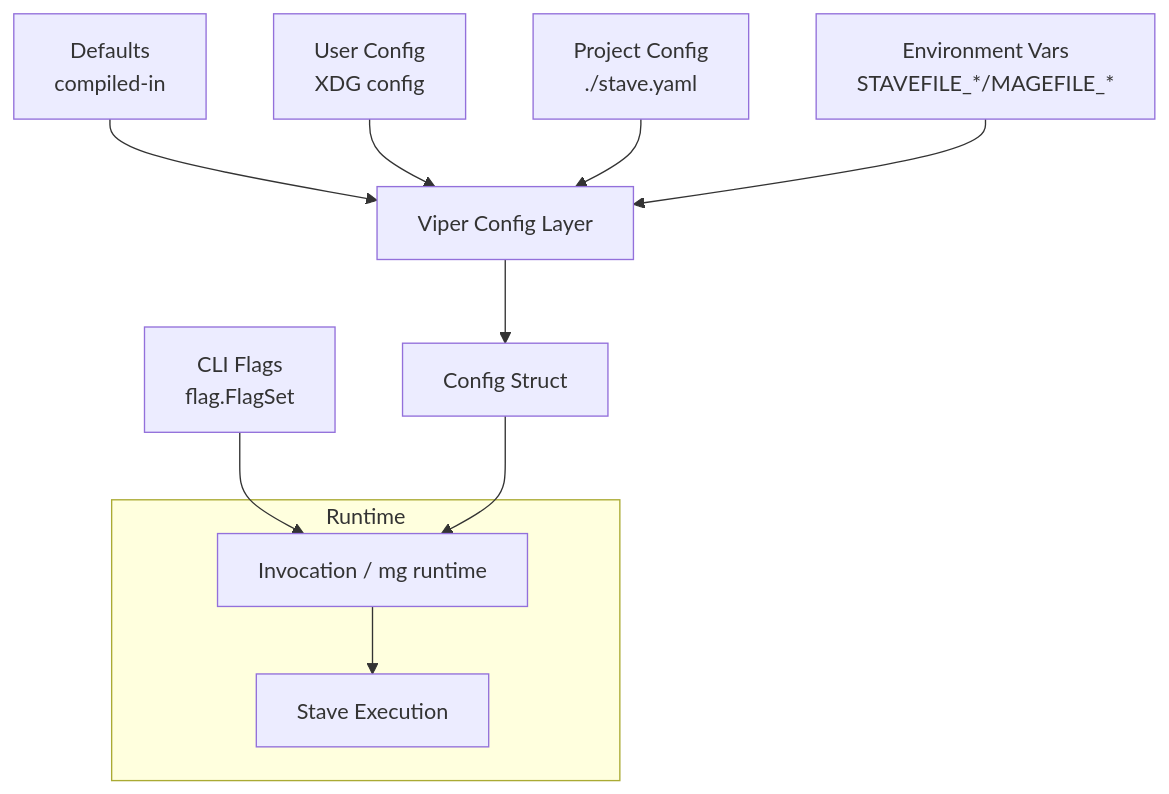
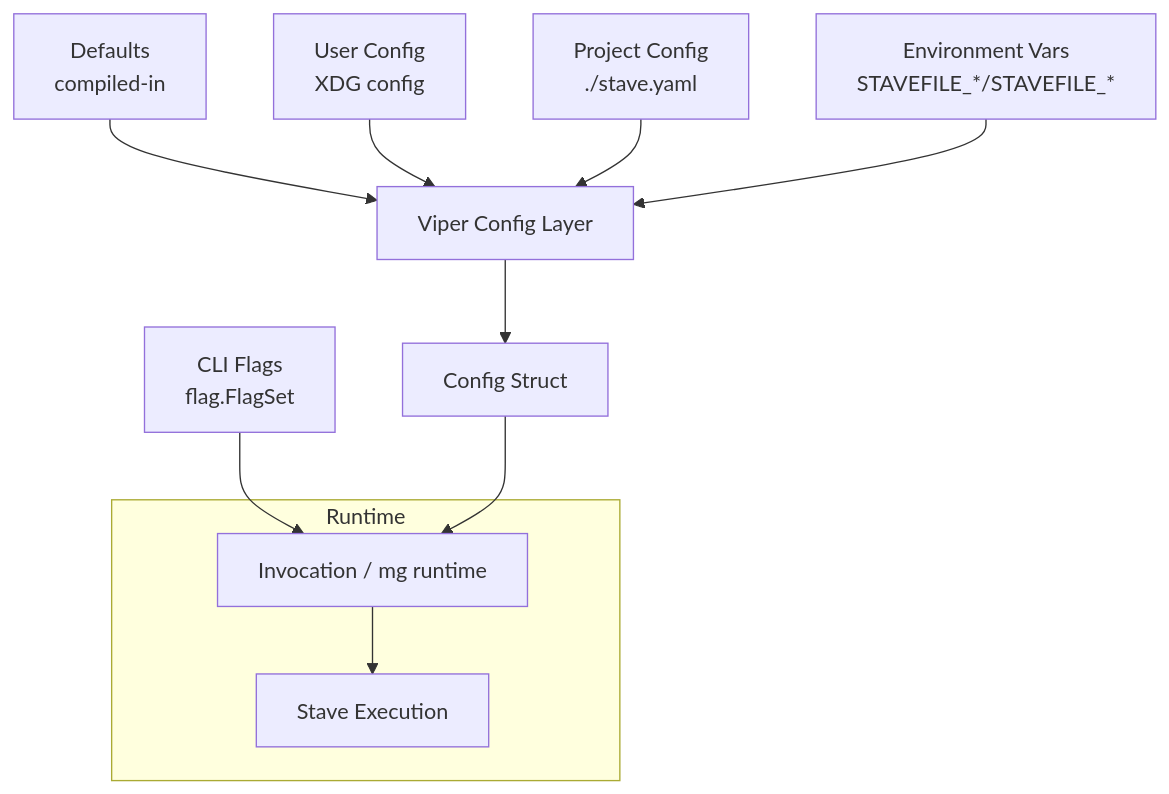
Before and after one commit to yaklabco/stave: the first of 2 diagrams in rfcs/rfc-20251130-001.md, drawn with Mermaid. The commit also changed other lines of this file and 19 other files, not shown here.

````diff
--- a/rfcs/rfc-20251130-001.md
+++ b/rfcs/rfc-20251130-001.md
@@ -74,15 +74,15 @@
 ```mermaid
 graph TD
     A[Defaults<br/>compiled-in] --> F[Viper Config Layer]
     B[User Config<br/>XDG config] --> F
     C[Project Config<br/>./stave.yaml] --> F
-    D[Environment Vars<br/>STAVEFILE_*/MAGEFILE_*] --> F
+    D[Environment Vars<br/>STAVEFILE_*/STAVEFILE_*] --> F
     E[CLI Flags<br/>flag.FlagSet] --> G[Invocation Structs]
 
     F --> H[Config Struct]
     H --> G
 
     subgraph Runtime
       G[Invocation / mg runtime] --> I[Stave Execution]
     end
 ```
````
